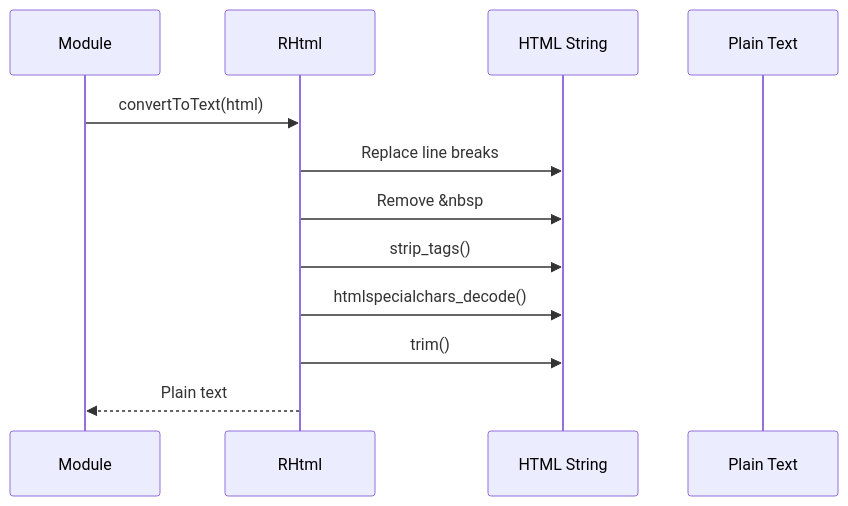
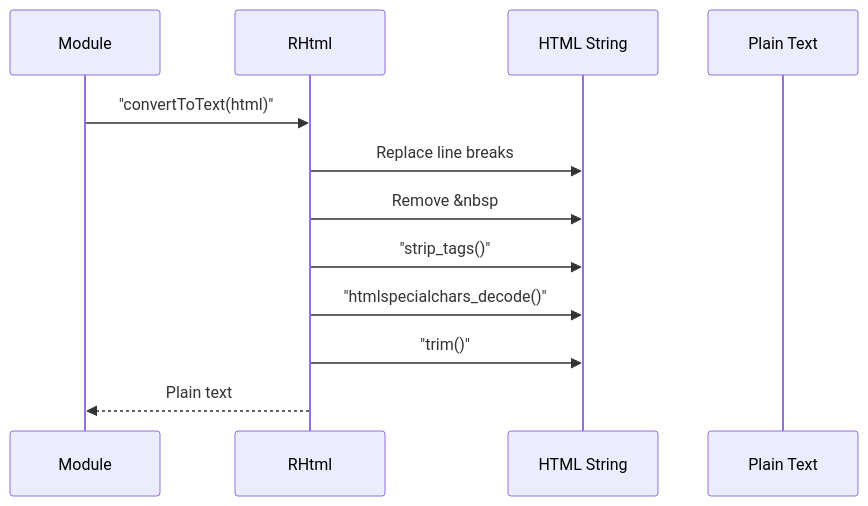
Before and after one commit to pauljrhodes/ramblers-library: the second of 2 diagrams in html/HLD.md, drawn with Mermaid. The commit also changed other lines of this file and 33 other files, not shown here.

Commit message:
Normalize Mermaid diagrams for GitHub rendering

````diff
--- a/html/HLD.md
+++ b/html/HLD.md
@@ -108,15 +108,15 @@
 ```mermaid
 sequenceDiagram
     participant Caller as Module
     participant RHtml as RHtml
     participant HTML as HTML String
     participant Text as Plain Text
 
-    Caller->>RHtml: convertToText(html)
+    Caller->>RHtml: "convertToText(html)"
     RHtml->>HTML: Replace line breaks
     RHtml->>HTML: Remove &nbsp;
-    RHtml->>HTML: strip_tags()
-    RHtml->>HTML: htmlspecialchars_decode()
-    RHtml->>HTML: trim()
+    RHtml->>HTML: "strip_tags()"
+    RHtml->>HTML: "htmlspecialchars_decode()"
+    RHtml->>HTML: "trim()"
     RHtml-->>Caller: Plain text
 ```
````
